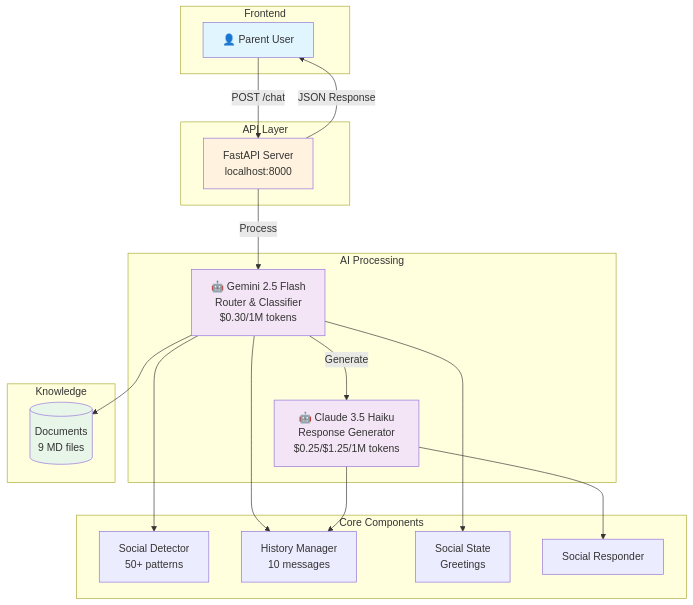
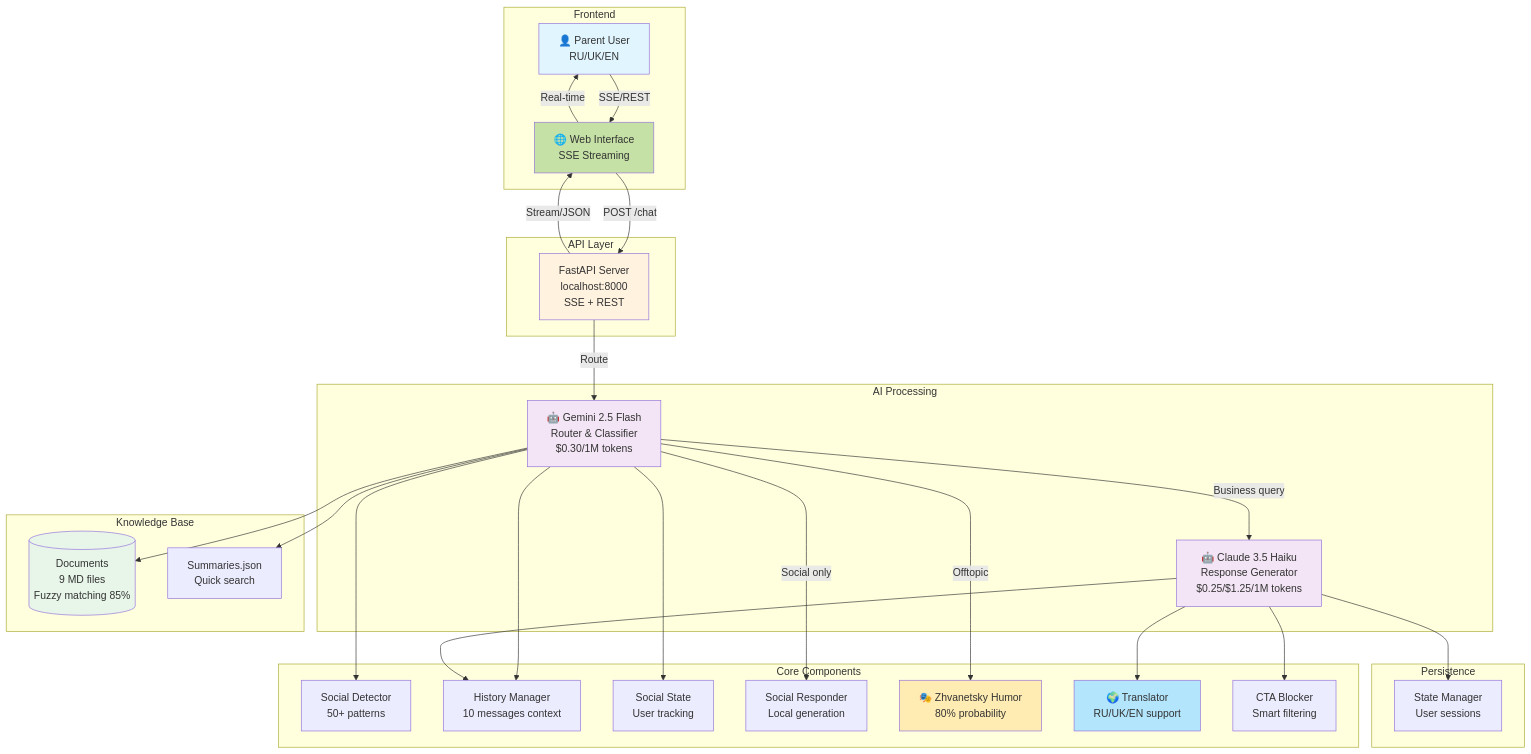
One commit to shao3d/Ukido_DynContInj changed the first of 5 diagrams in README.md. Above: the diagram before and after it, drawn with Mermaid. The commit also changed other lines of this file and 5 other files, not shown here.

First line of the commit message:
docs: Обновлены архитектурные диаграммы до версии v0.16.1

````diff
--- a/README.md
+++ b/README.md
@@ -31,46 +31,66 @@
 ```mermaid
 graph TB
     subgraph "Frontend"
-        U[👤 Parent User]
+        U[👤 Parent User<br/>RU/UK/EN]
+        W[🌐 Web Interface<br/>SSE Streaming]
     end
     
     subgraph "API Layer"
-        API[FastAPI Server<br/>localhost:8000]
+        API[FastAPI Server<br/>localhost:8000<br/>SSE + REST]
     end
     
     subgraph "AI Processing"
         R[🤖 Gemini 2.5 Flash<br/>Router & Classifier<br/>$0.30/1M tokens]
         G[🤖 Claude 3.5 Haiku<br/>Response Generator<br/>$0.25/$1.25/1M tokens]
     end
     
     subgraph "Core Components"
         SD[Social Detector<br/>50+ patterns]
-        HM[History Manager<br/>10 messages]
-        SS[Social State<br/>Greetings]
-        SR[Social Responder]
+        HM[History Manager<br/>10 messages context]
+        SS[Social State<br/>User tracking]
+        SR[Social Responder<br/>Local generation]
+        ZH[🎭 Zhvanetsky Humor<br/>80% probability]
+        TR[🌍 Translator<br/>RU/UK/EN support]
+        CB[CTA Blocker<br/>Smart filtering]
     end
     
-    subgraph "Knowledge"
-        KB[(Documents<br/>9 MD files)]
+    subgraph "Knowledge Base"
+        KB[(Documents<br/>9 MD files<br/>Fuzzy matching 85%)]
+        SM[Summaries.json<br/>Quick search]
     end
     
-    U -->|POST /chat| API
-    API -->|Process| R
+    subgraph "Persistence"
+        PM[State Manager<br/>User sessions]
+    end
+    
+    U -->|SSE/REST| W
+    W -->|POST /chat| API
+    API -->|Route| R
     
     R --> SD
     R --> HM
     R --> SS
     R --> KB
+    R --> SM
     
-    R -->|Generate| G
+    R -->|Business query| G
+    R -->|Social only| SR
+    R -->|Offtopic| ZH
+    
     G --> HM
-    G --> SR
+    G --> TR
+    G --> CB
+    G --> PM
     
-    API -->|JSON Response| U
+    API -->|Stream/JSON| W
+    W -->|Real-time| U
     
     style U fill:#e1f5fe
+    style W fill:#c5e1a5
     style API fill:#fff3e0
     style R fill:#f3e5f5
     style G fill:#f3e5f5
     style KB fill:#e8f5e9
+    style ZH fill:#ffecb3
+    style TR fill:#b3e5fc
 ```
````
